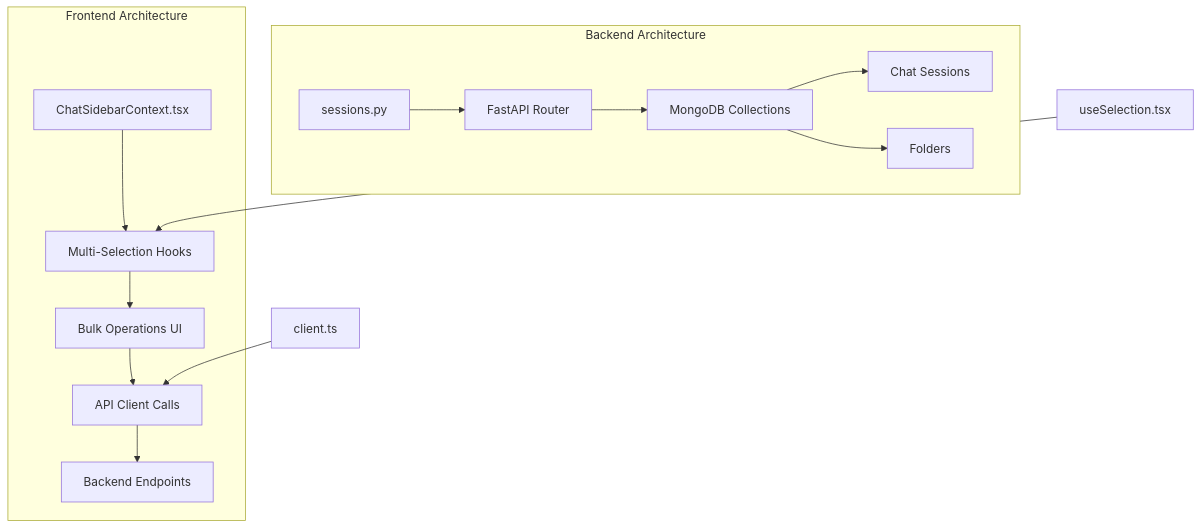
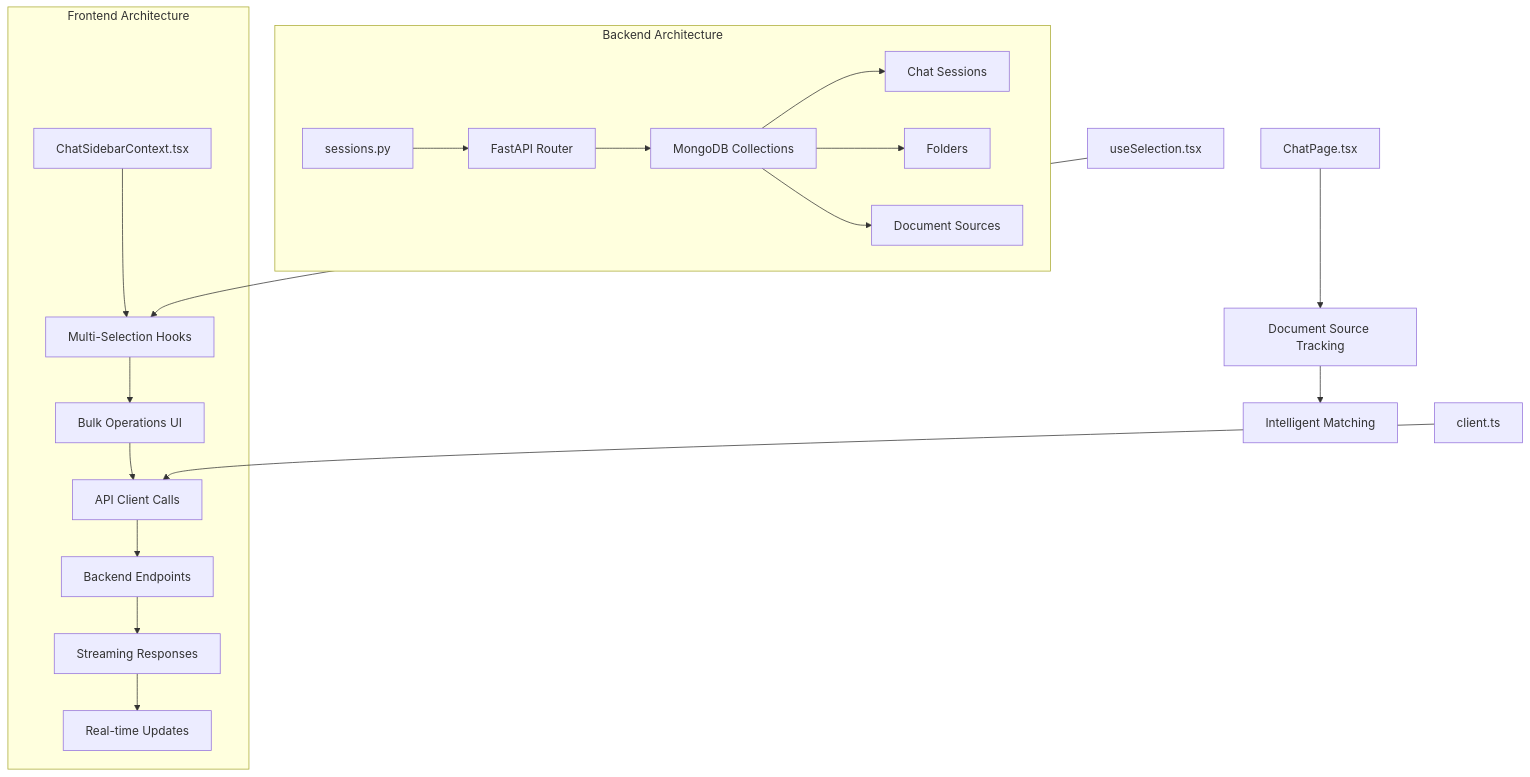
One commit to emanuelplopu/MongoDB-RAG-Agent changed the first of 9 diagrams in .qoder/repowiki/en/content/Frontend Application/Bulk Session Management.md. Above: the diagram before and after it, drawn with Mermaid. The commit also changed other lines of this file and 5 other files, not shown here.

````diff
--- a/.qoder/repowiki/en/content/Frontend Application/Bulk Session Management.md
+++ b/.qoder/repowiki/en/content/Frontend Application/Bulk Session Management.md
@@ -33,17 +44,22 @@
 ```mermaid
 graph TB
 subgraph "Backend Architecture"
 A[sessions.py] --> B[FastAPI Router]
 B --> C[MongoDB Collections]
 C --> D[Chat Sessions]
 C --> E[Folders]
+C --> F[Document Sources]
 end
 subgraph "Frontend Architecture"
-F[ChatSidebarContext.tsx] --> G[Multi-Selection Hooks]
-G --> H[Bulk Operations UI]
-H --> I[API Client Calls]
-I --> J[Backend Endpoints]
+G[ChatSidebarContext.tsx] --> H[Multi-Selection Hooks]
+H --> I[Bulk Operations UI]
+I --> J[API Client Calls]
+J --> K[Backend Endpoints]
+K --> L[Streaming Responses]
+L --> M[Real-time Updates]
 end
-K[useSelection.tsx] --> G
-L[client.ts] --> I
+N[useSelection.tsx] --> H
+O[client.ts] --> J
+P[ChatPage.tsx] --> Q[Document Source Tracking]
+Q --> R[Intelligent Matching]
 ```
````
